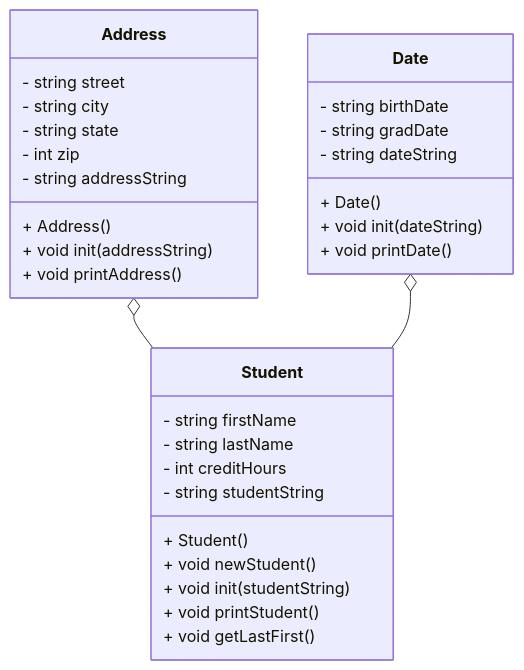
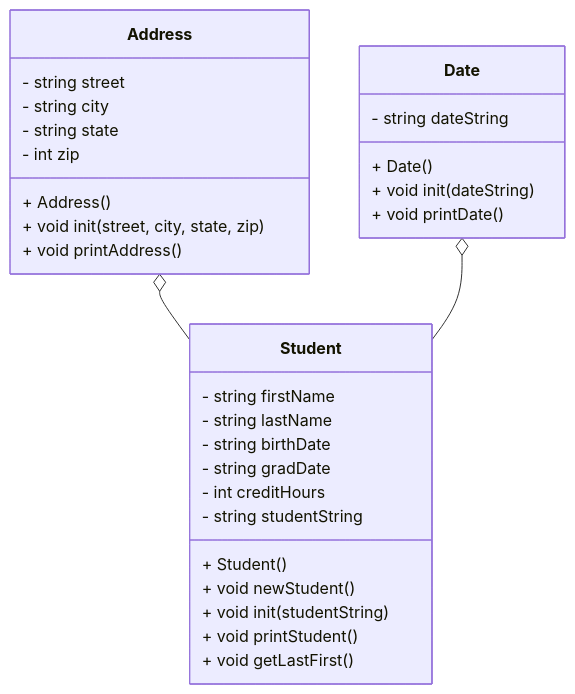
The diagram in README.md (ajbeck800/CS121_Project_6_Beck), drawn with Mermaid before and after one commit.

````diff
--- a/README.md
+++ b/README.md
@@ -4,35 +4,34 @@
 ```mermaid
 classDiagram
     class Student{
       - string firstName
       - string lastName
+      - string birthDate
+      - string gradDate
       - int creditHours
       - string studentString
       + Student()
       + void newStudent()
       + void init(studentString)
       + void printStudent()
       + void getLastFirst()
     }
     class Address{
       - string street
       - string city
       - string state
       - int zip
-      - string addressString
       + Address()
-      + void init(addressString)
+      + void init(street, city, state, zip)
       + void printAddress()
     }
     class Date{
-      - string birthDate
-      - string gradDate
       - string dateString
       + Date()
       + void init(dateString)
       + void printDate()
     }
 
 Address o-- Student
 Date o-- Student
 ```
````
